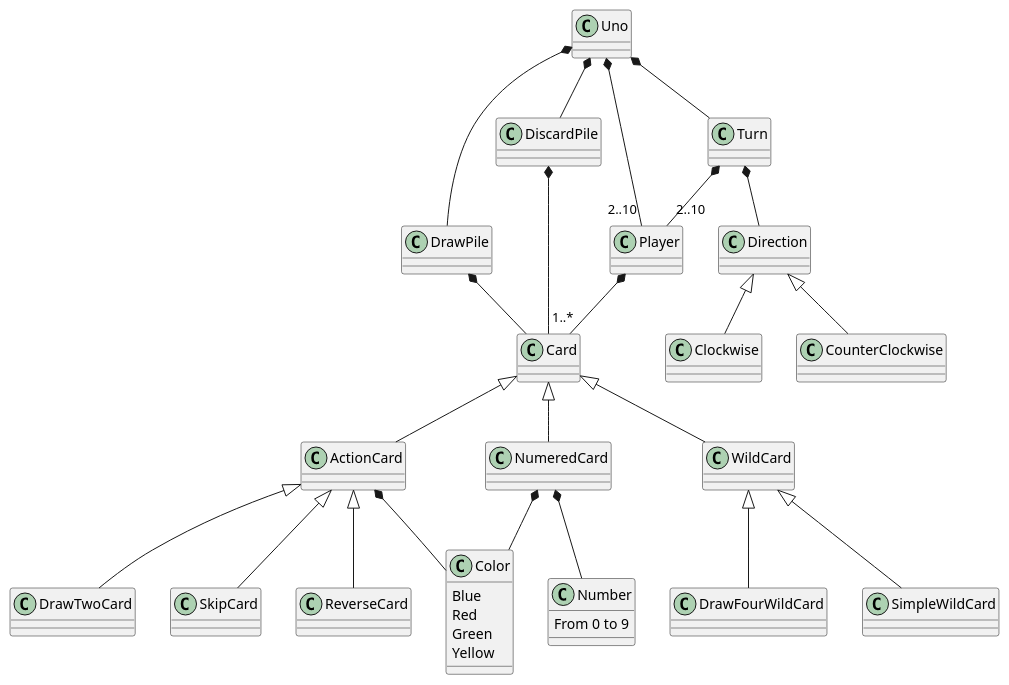
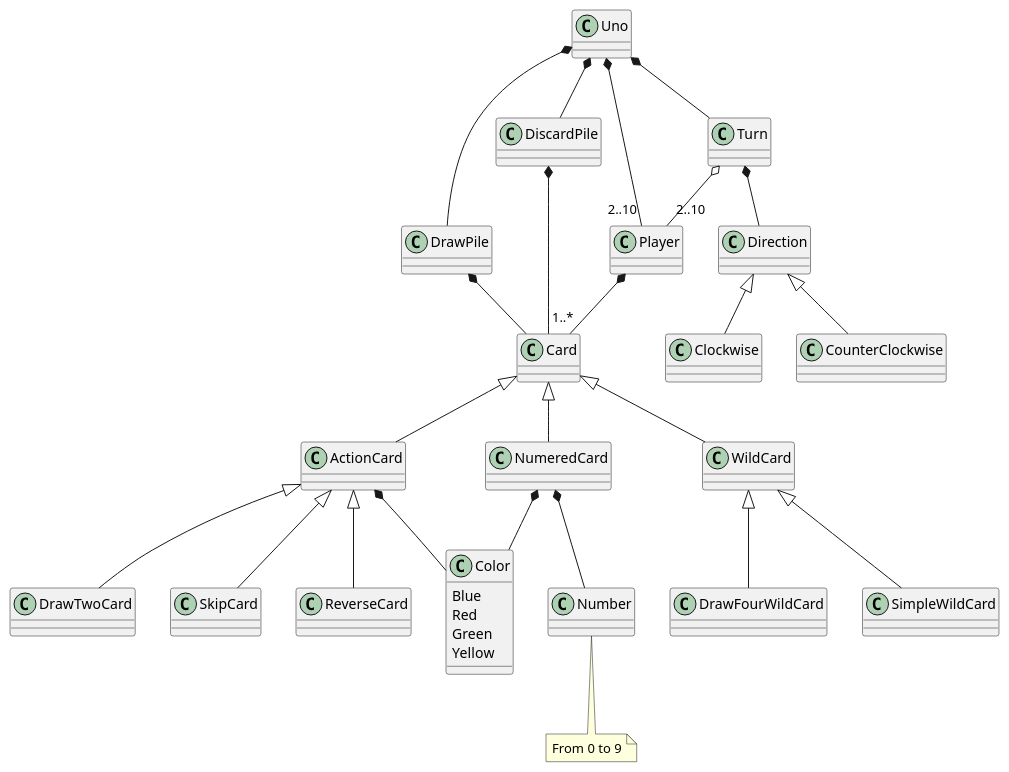
One commit to x-USantaTecla-game-uno/requirements changed the diagram in Docs/DomainModel/DomainModel-Simple.puml. Above: the diagram before and after it, drawn with PlantUML. The commit also changed 6 other files, not shown here.

```diff
--- a/Docs/DomainModel/DomainModel-Simple.puml
+++ b/Docs/DomainModel/DomainModel-Simple.puml
@@ -1,47 +1,43 @@
 @startuml
 
 Uno *-- DrawPile
 Uno *-- DiscardPile
 Uno *-- "2..10" Player
 Uno *-- Turn
 
-Turn *-- "2..10" Player
+Turn o-- "2..10" Player
 Turn *-- Direction
 
 Direction <|-- Clockwise
 Direction <|-- CounterClockwise
-
 
 Player *-- "1..*" Card
 
 DrawPile *-- Card
 DiscardPile *-- Card
  
 NumeredCard -u-|> Card
 ActionCard -u-|> Card
 
 WildCard -u-|> Card
 DrawFourWildCard -u-|> WildCard
 SimpleWildCard -u-|> WildCard
 
 DrawTwoCard -u-|> ActionCard
 SkipCard -u-|> ActionCard
 ReverseCard -u-|> ActionCard
 
 ActionCard *-- Color
 NumeredCard *-- Color
 NumeredCard *-- Number
 
 class Color
 {
     Blue
     Red
     Green
     Yellow
 }
 
-class Number
-{
-    From 0 to 9
-}
+note bottom of Number: From 0 to 9
 @enduml
```
